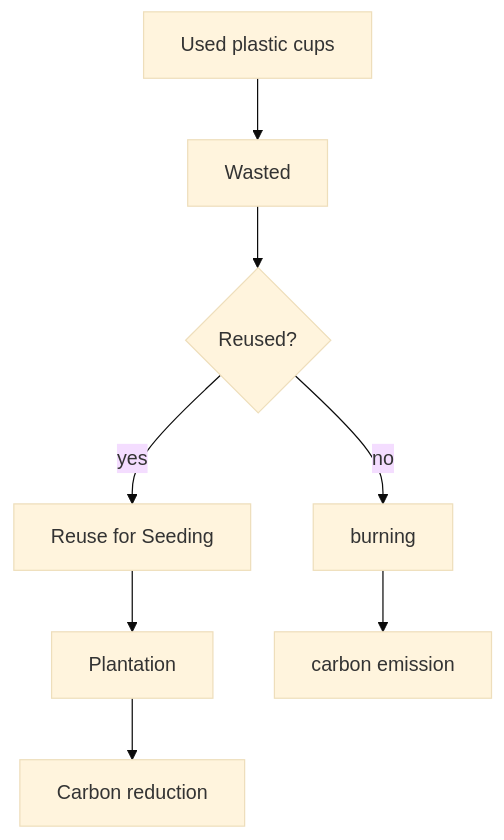
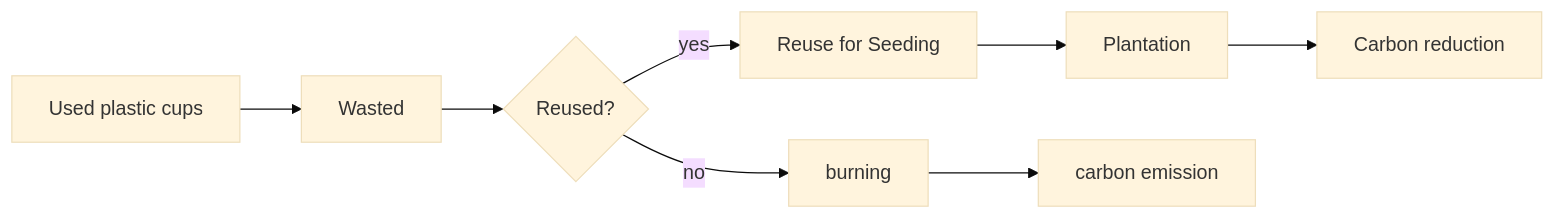
Before and after one commit to Kietpawpan/esc: the diagram in README.md, drawn with Mermaid (base theme).

````diff
--- a/README.md
+++ b/README.md
@@ -9,10 +9,10 @@
 ```mermaid
-flowchart TD
+flowchart LR
     A[Used plastic cups] -->C[Wasted]
     C -->D{Reused?}
     D-->|yes| E[Reuse for Seeding]
     E -->F[Plantation]
     F-->G[Carbon reduction]
     D-->|no| H[burning]
     H-->I[carbon emission]
 ```
````
